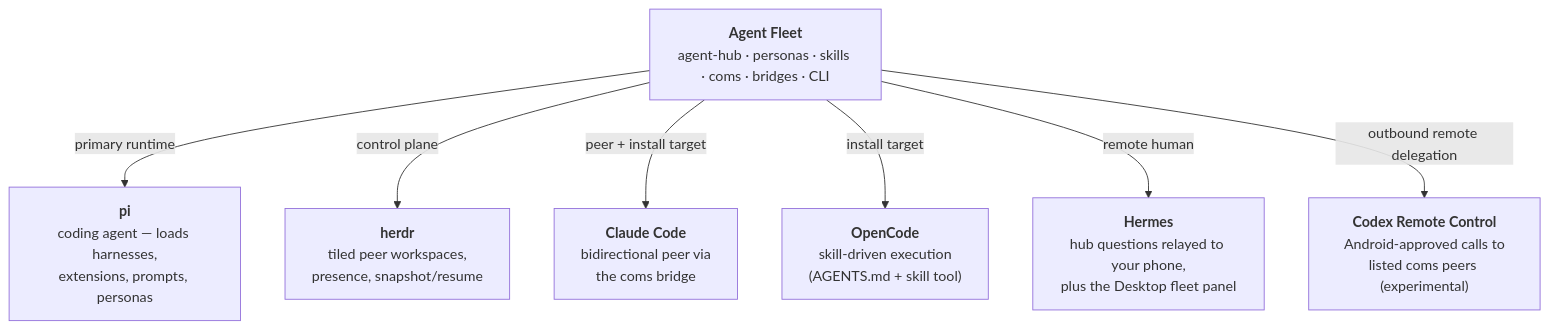
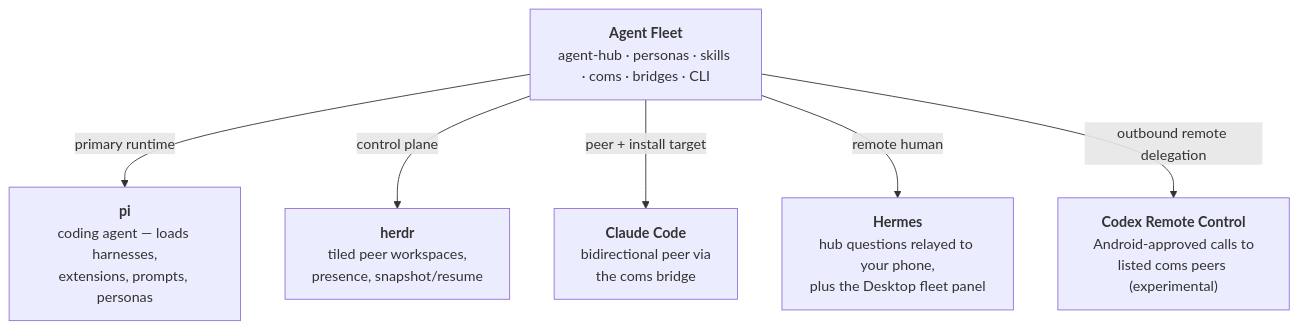
One commit to chankov/agent-fleet changed the second of 2 diagrams in docs/ARCHITECTURE.md. Above: the diagram before and after it, drawn with Mermaid. The commit also changed other lines of this file and 73 other files, not shown here.

Commit message:
Remove OpenCode runtime support and all associated files

````diff
--- a/docs/ARCHITECTURE.md
+++ b/docs/ARCHITECTURE.md
@@ -167,10 +167,9 @@
 ```mermaid
 flowchart TD
     AF["<b>Agent Fleet</b><br/>agent-hub · personas · skills · coms · bridges · CLI"]
     AF -->|primary runtime| PI["<b>pi</b><br/>coding agent — loads harnesses,<br/>extensions, prompts, personas"]
     AF -->|control plane| HERDR["<b>herdr</b><br/>tiled peer workspaces,<br/>presence, snapshot/resume"]
     AF -->|peer + install target| CC["<b>Claude Code</b><br/>bidirectional peer via<br/>the coms bridge"]
-    AF -->|install target| OC["<b>OpenCode</b><br/>skill-driven execution<br/>(AGENTS.md + skill tool)"]
     AF -->|remote human| HERMES["<b>Hermes</b><br/>hub questions relayed to your phone,<br/>plus the Desktop fleet panel"]
     AF -->|outbound remote delegation| CODEX["<b>Codex Remote Control</b><br/>Android-approved calls to<br/>listed coms peers (experimental)"]
 ```
````
